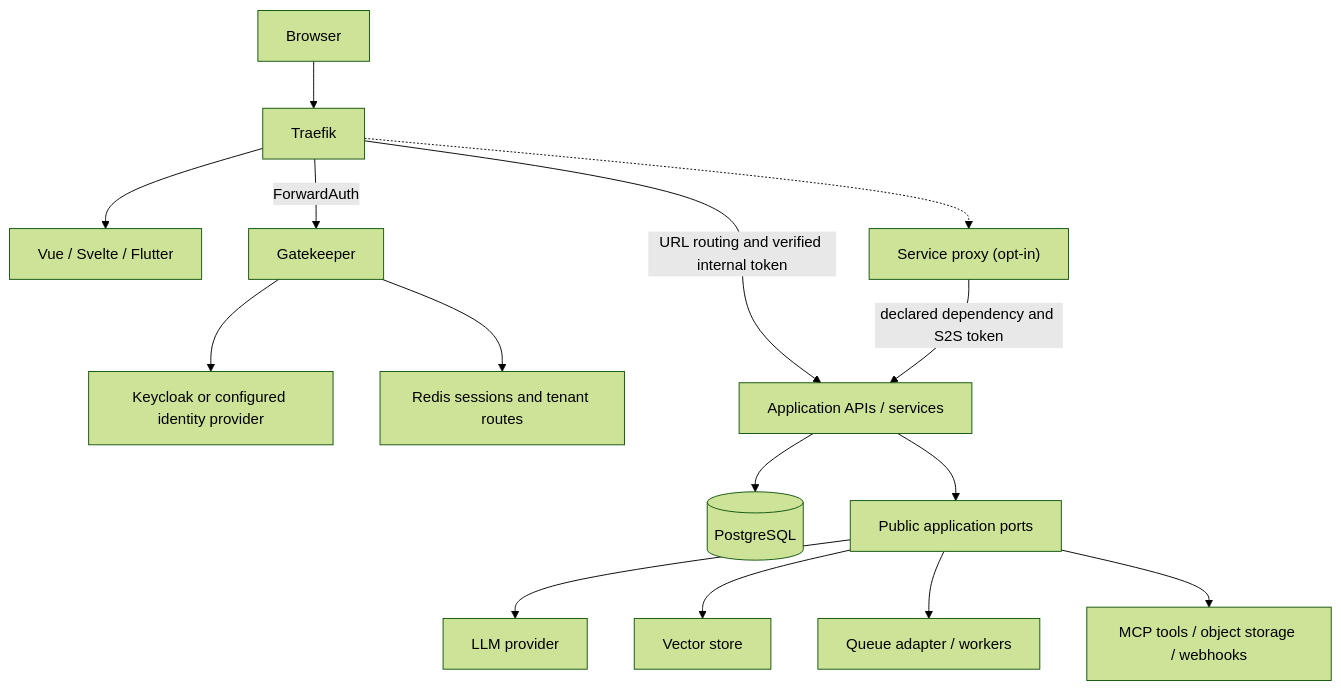
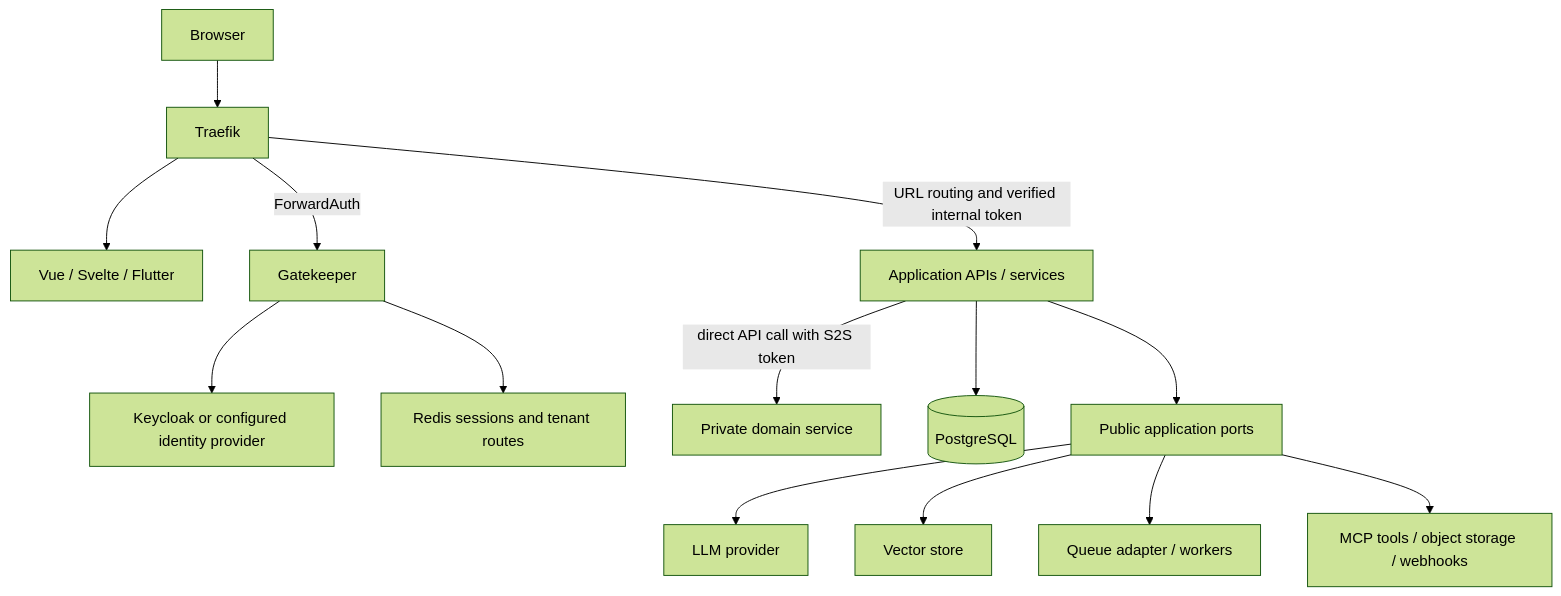
One commit to cchifor/forge changed the second of 5 diagrams in docs/architecture/overview.md. Above: the diagram before and after it, drawn with Mermaid (forest theme). The commit also changed other lines of this file and 56 other files, not shown here.

Commit message:
Remove redundant service proxy and add opt-in scoped API keys

````diff
--- a/docs/architecture/overview.md
+++ b/docs/architecture/overview.md
@@ -55,17 +53,16 @@
 ```mermaid
 flowchart TB
     Browser[Browser] --> Edge[Traefik]
     Edge --> UI[Vue / Svelte / Flutter]
     Edge -->|ForwardAuth| GK[Gatekeeper]
     GK --> IdP[Keycloak or configured identity provider]
     GK --> Redis[Redis sessions and tenant routes]
     Edge -->|URL routing and verified internal token| Service[Application APIs / services]
-    Edge -.-> Proxy["Service proxy (opt-in)"]
-    Proxy -->|declared dependency and S2S token| Service
+    Service -->|direct API call with S2S token| Internal[Private domain service]
     Service --> PG[(PostgreSQL)]
     Service --> Ports[Public application ports]
     Ports --> LLM[LLM provider]
     Ports --> Vector[Vector store]
     Ports --> Queue[Queue adapter / workers]
     Ports --> Tools[MCP tools / object storage / webhooks]
 ```
````
